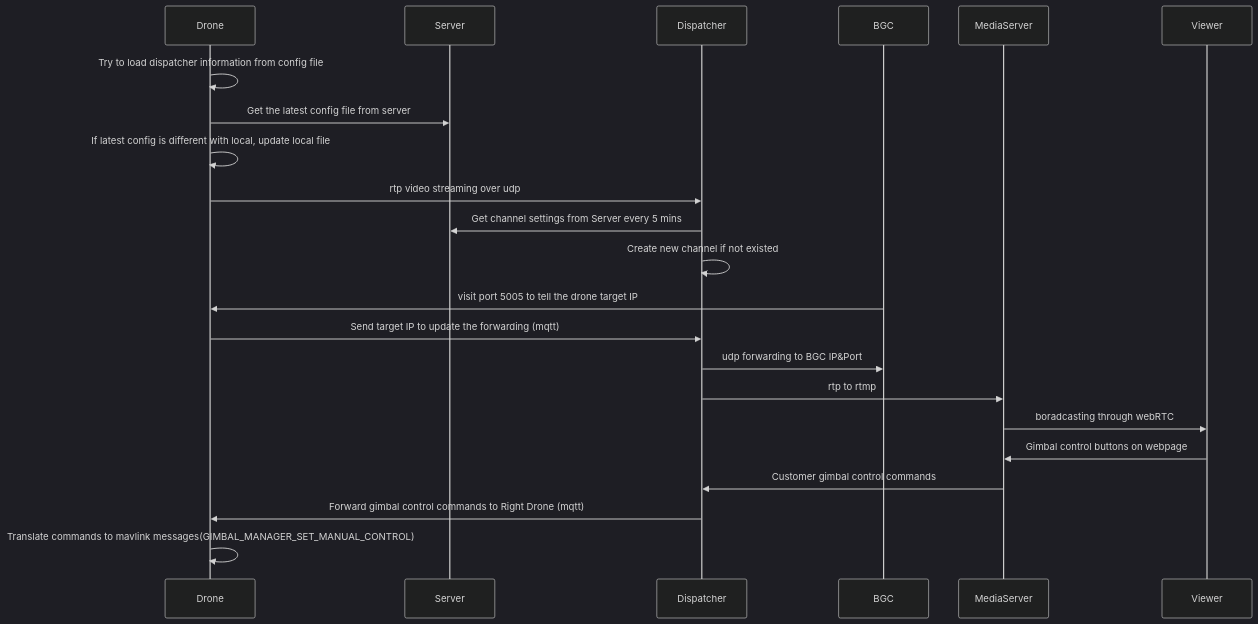
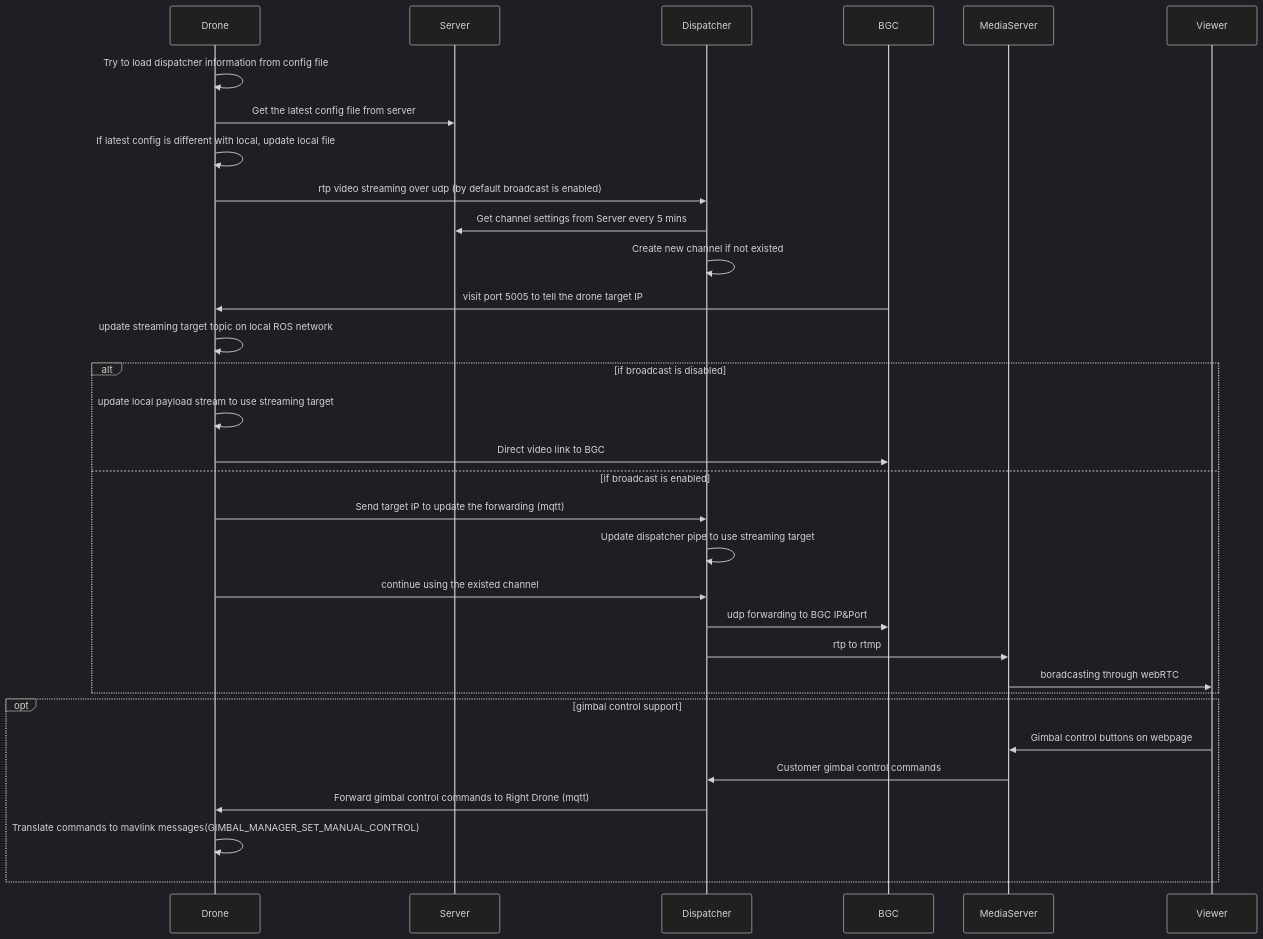
Before and after one commit to coccobas/DocuConversionNotion: the diagram in source/features/media_dispatcher.mmd, drawn with Mermaid (dark theme). The commit also changed 2 other files, not shown here.

Commit message:
update dispatcher seq diagram with more detail

```diff
--- a/source/features/media_dispatcher.mmd
+++ b/source/features/media_dispatcher.mmd
@@ -1,20 +1,31 @@
 sequenceDiagram
 
     Drone->>Drone: Try to load dispatcher information from config file
     Drone->>Server: Get the latest config file from server
     Drone->>Drone: If latest config is different with local, update local file
-    Drone->>Dispatcher: rtp video streaming over udp
+    Drone->>Dispatcher: rtp video streaming over udp (by default broadcast is enabled)
 
     Dispatcher->>Server: Get channel settings from Server every 5 mins
     Dispatcher->>Dispatcher: Create new channel if not existed
+
     BGC->>Drone: visit port 5005 to tell the drone target IP
-    Drone->>Dispatcher: Send target IP to update the forwarding (mqtt)
-    Dispatcher->>BGC: udp forwarding to BGC IP&Port
-    Dispatcher->>MediaServer: rtp to rtmp
+    Drone->>Drone: update streaming target topic on local ROS network
 
-    MediaServer->>Viewer: boradcasting through webRTC
+    alt if broadcast is disabled
+        Drone->>Drone: update local payload stream to use streaming target
+        Drone->>BGC: Direct video link to BGC
+    else if broadcast is enabled
+        Drone->>Dispatcher: Send target IP to update the forwarding (mqtt)
+        Dispatcher->>Dispatcher: Update dispatcher pipe to use streaming target
+        Drone->>Dispatcher: continue using the existed channel
+        Dispatcher->>BGC: udp forwarding to BGC IP&Port
+        Dispatcher->>MediaServer: rtp to rtmp
+        MediaServer->>Viewer: boradcasting through webRTC
+    end
 
-    Viewer->>MediaServer: Gimbal control buttons on webpage
-    MediaServer->>Dispatcher: Customer gimbal control commands
-    Dispatcher->>Drone: Forward gimbal control commands to Right Drone (mqtt)
-    Drone->>Drone: Translate commands to mavlink messages(GIMBAL_MANAGER_SET_MANUAL_CONTROL)
+    opt gimbal control support
+        Viewer->>MediaServer: Gimbal control buttons on webpage
+        MediaServer->>Dispatcher: Customer gimbal control commands
+        Dispatcher->>Drone: Forward gimbal control commands to Right Drone (mqtt)
+        Drone->>Drone: Translate commands to mavlink messages(GIMBAL_MANAGER_SET_MANUAL_CONTROL)
+    end
```
